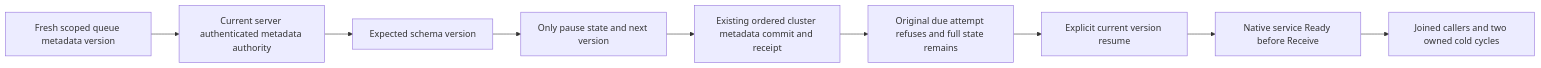
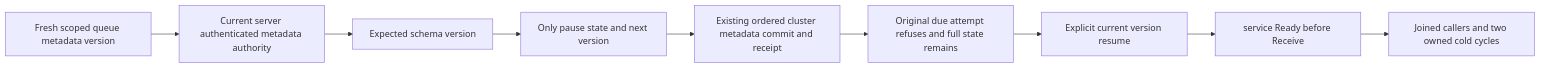
One commit to managedcode/KeyLoad changed the diagram in docs/Features/Messaging/QueueDispatchControl.md. Above: the diagram before and after it, drawn with Mermaid. The commit also changed other lines of this file and 9016 other files, not shown here.

````diff
--- a/docs/Features/Messaging/QueueDispatchControl.md
+++ b/docs/Features/Messaging/QueueDispatchControl.md
@@ -27,11 +27,11 @@
 ```mermaid
 flowchart LR
     Read[Fresh scoped queue metadata version] --> Authority[Current server authenticated metadata authority]
     Authority --> CAS[Expected schema version]
     CAS --> Dispatch[Only pause state and next version]
     Dispatch --> Commit[Existing ordered cluster metadata commit and receipt]
     Commit --> Paused[Original due attempt refuses and full state remains]
     Paused --> Resume[Explicit current version resume]
-    Resume --> Ready[Native service Ready before Receive]
+    Resume --> Ready[service Ready before Receive]
     Ready --> Cold[Joined callers and two owned cold cycles]
 ```
````
